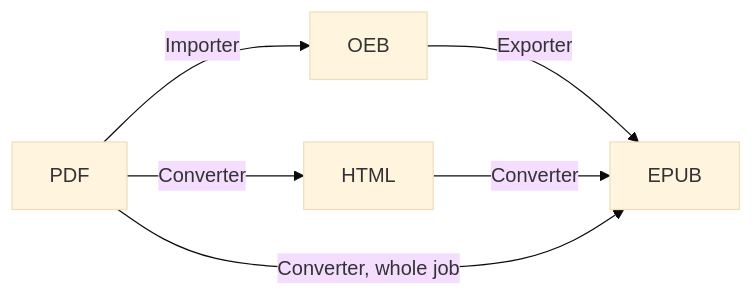
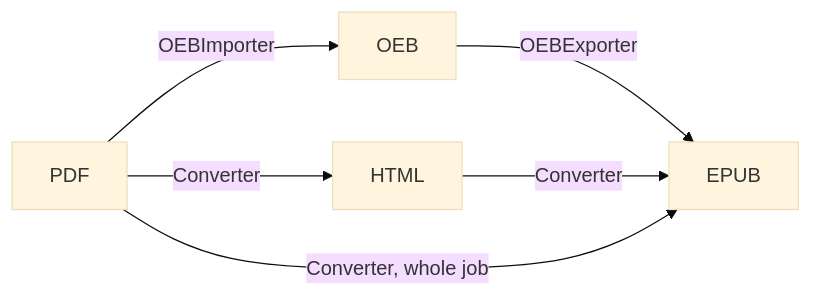
One commit to ajCameron/LiuXin-alpha changed the diagram in dev-docs/plugins/format-capability-providers.md. Above: the diagram before and after it, drawn with Mermaid (base theme). The commit also changed other lines of this file, not shown here.

````diff
--- a/dev-docs/plugins/format-capability-providers.md
+++ b/dev-docs/plugins/format-capability-providers.md
@@ -176,8 +176,8 @@
 ```mermaid
 flowchart LR
-    PDF -->|Importer| OEB
-    OEB -->|Exporter| EPUB
+    PDF -->|OEBImporter| OEB
+    OEB -->|OEBExporter| EPUB
     PDF -->|Converter| HTML
     HTML -->|Converter| EPUB
     PDF -->|Converter, whole job| EPUB
 ```
````
